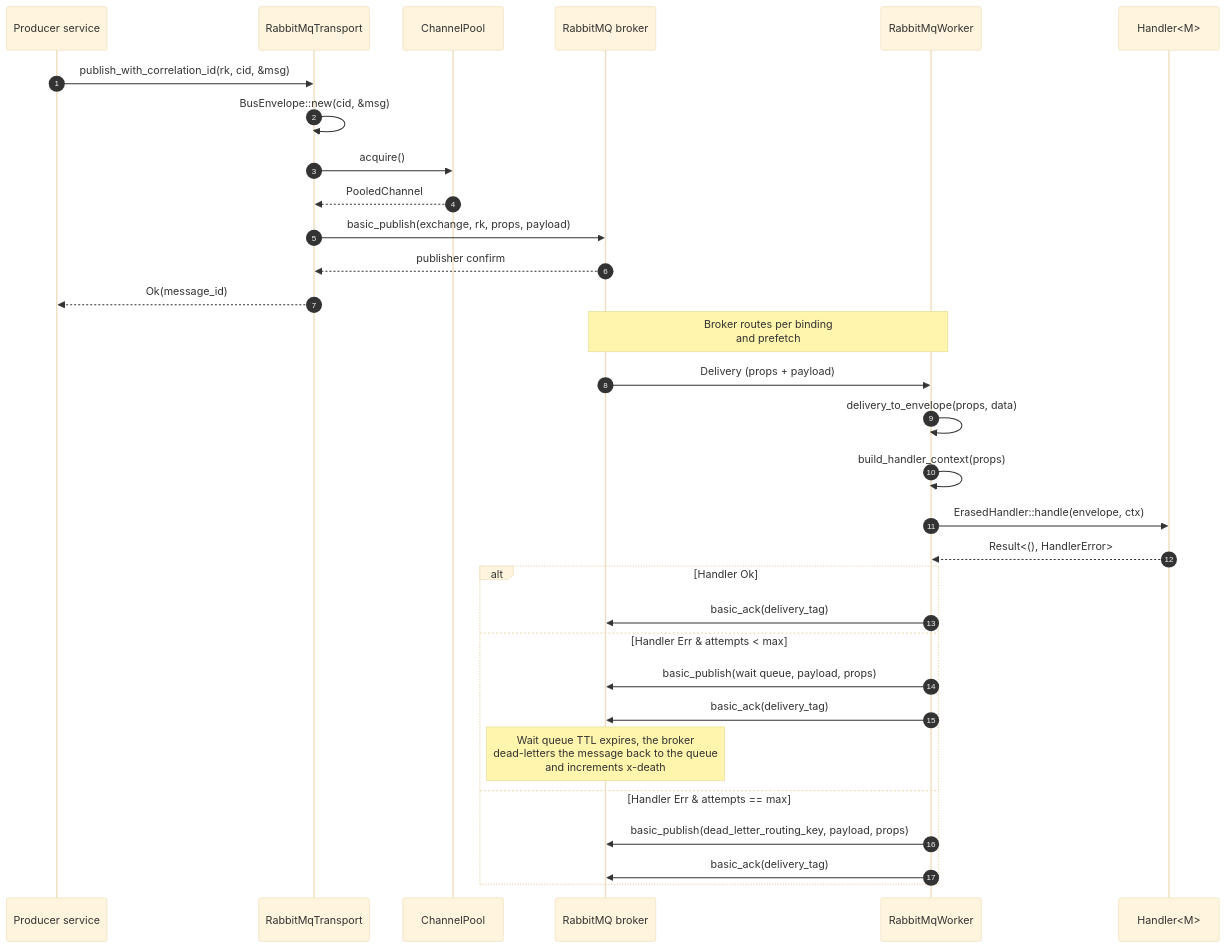
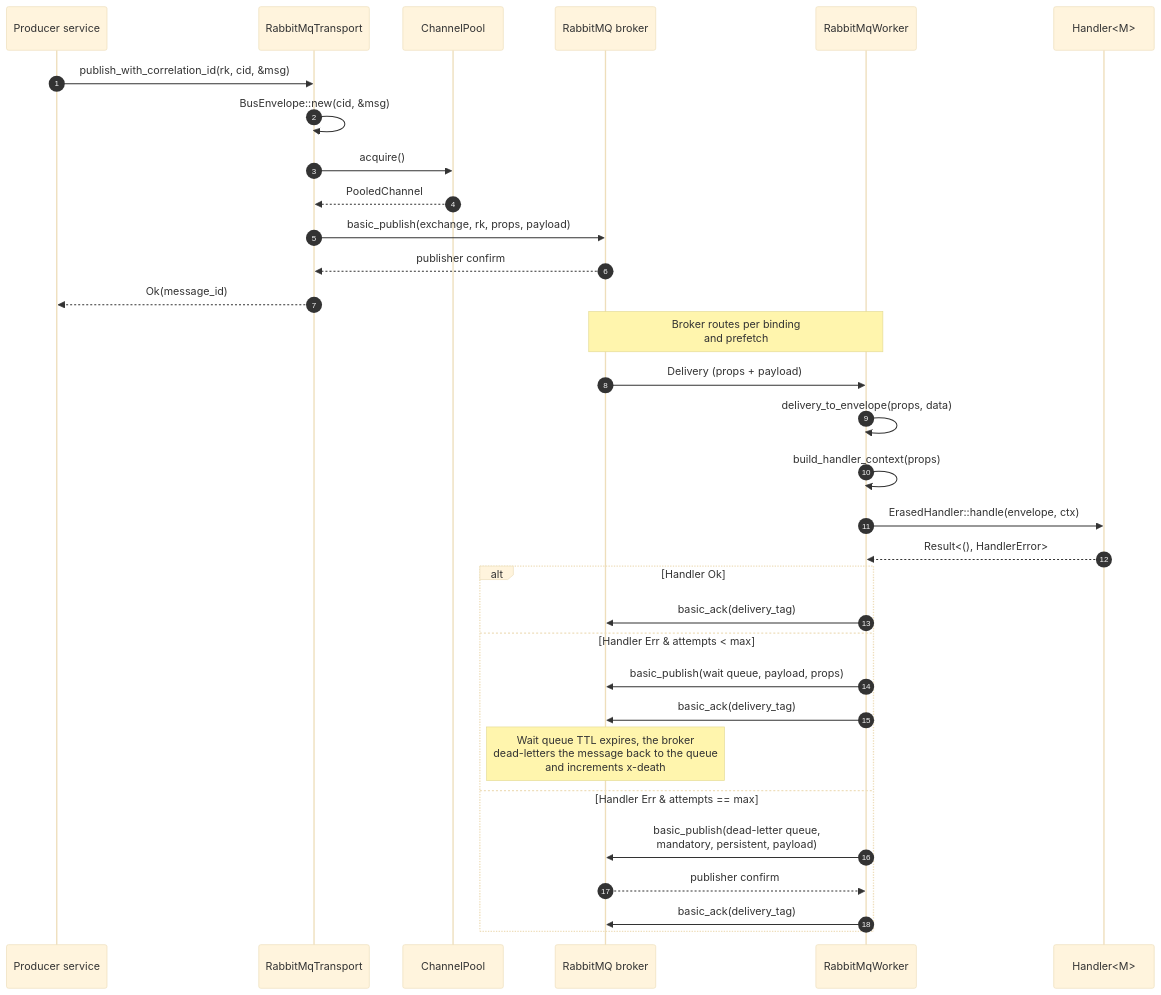
One commit to nubster-opensources/hexeract changed the first of 2 diagrams in docs/architecture/bus-flow.md. Above: the diagram before and after it, drawn with Mermaid (base theme). The commit also changed other lines of this file and 2 other files, not shown here.

First line of the commit message:
docs: sync dead-letter pages with the hardened publish path

````diff
--- a/docs/architecture/bus-flow.md
+++ b/docs/architecture/bus-flow.md
@@ -7,36 +7,37 @@
 ```mermaid
 sequenceDiagram
     autonumber
     participant App as Producer service
     participant Tx as RabbitMqTransport
     participant Pool as ChannelPool
     participant Broker as RabbitMQ broker
     participant Worker as RabbitMqWorker
     participant Handler as Handler<M>
 
     App->>Tx: publish_with_correlation_id(rk, cid, &msg)
     Tx->>Tx: BusEnvelope::new(cid, &msg)
     Tx->>Pool: acquire()
     Pool-->>Tx: PooledChannel
     Tx->>Broker: basic_publish(exchange, rk, props, payload)
     Broker-->>Tx: publisher confirm
     Tx-->>App: Ok(message_id)
 
     Note over Broker,Worker: Broker routes per binding<br/>and prefetch
     Broker->>Worker: Delivery (props + payload)
     Worker->>Worker: delivery_to_envelope(props, data)
     Worker->>Worker: build_handler_context(props)
     Worker->>Handler: ErasedHandler::handle(envelope, ctx)
     Handler-->>Worker: Result<(), HandlerError>
 
     alt Handler Ok
         Worker->>Broker: basic_ack(delivery_tag)
     else Handler Err & attempts < max
         Worker->>Broker: basic_publish(wait queue, payload, props)
         Worker->>Broker: basic_ack(delivery_tag)
         Note over Broker: Wait queue TTL expires, the broker<br/>dead-letters the message back to the queue<br/>and increments x-death
     else Handler Err & attempts == max
-        Worker->>Broker: basic_publish(dead_letter_routing_key, payload, props)
+        Worker->>Broker: basic_publish(dead-letter queue,<br/>mandatory, persistent, payload)
+        Broker-->>Worker: publisher confirm
         Worker->>Broker: basic_ack(delivery_tag)
     end
 ```
````
